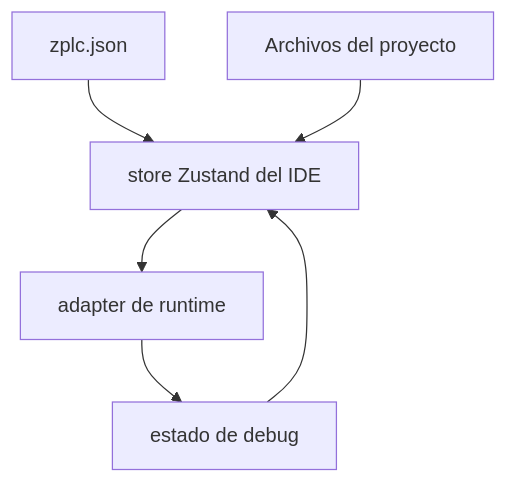
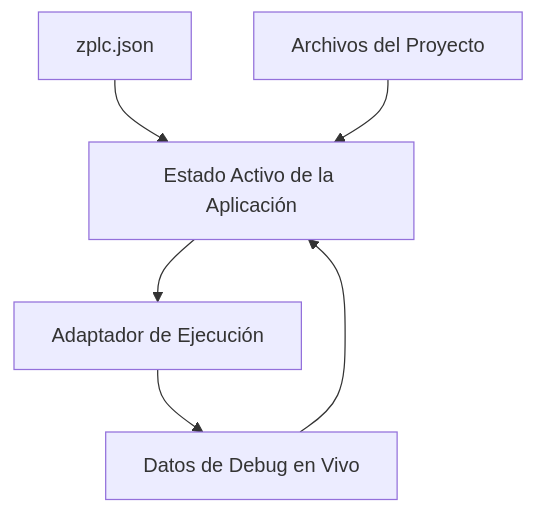
Before and after one commit to eduardojvieira/ZPLC: the diagram in docs/i18n/es/docusaurus-plugin-content-docs/current/ide/overview.md, drawn with Mermaid. The commit also changed other lines of this file and 55 other files, not shown here.

````diff
--- a/docs/i18n/es/docusaurus-plugin-content-docs/current/ide/overview.md
+++ b/docs/i18n/es/docusaurus-plugin-content-docs/current/ide/overview.md
@@ -14,14 +17,14 @@
 ```mermaid
 flowchart TD
   Config[zplc.json]
-  Files[Archivos del proyecto]
-  Store[store Zustand del IDE]
-  Runtime[adapter de runtime]
-  Debug[estado de debug]
+  Files[Archivos del Proyecto]
+  Store[Estado Activo de la Aplicación]
+  Runtime[Adaptador de Ejecución]
+  Debug[Datos de Debug en Vivo]
 
   Config --> Store
   Files --> Store
   Store --> Runtime
   Runtime --> Debug
   Debug --> Store
 ```
````
